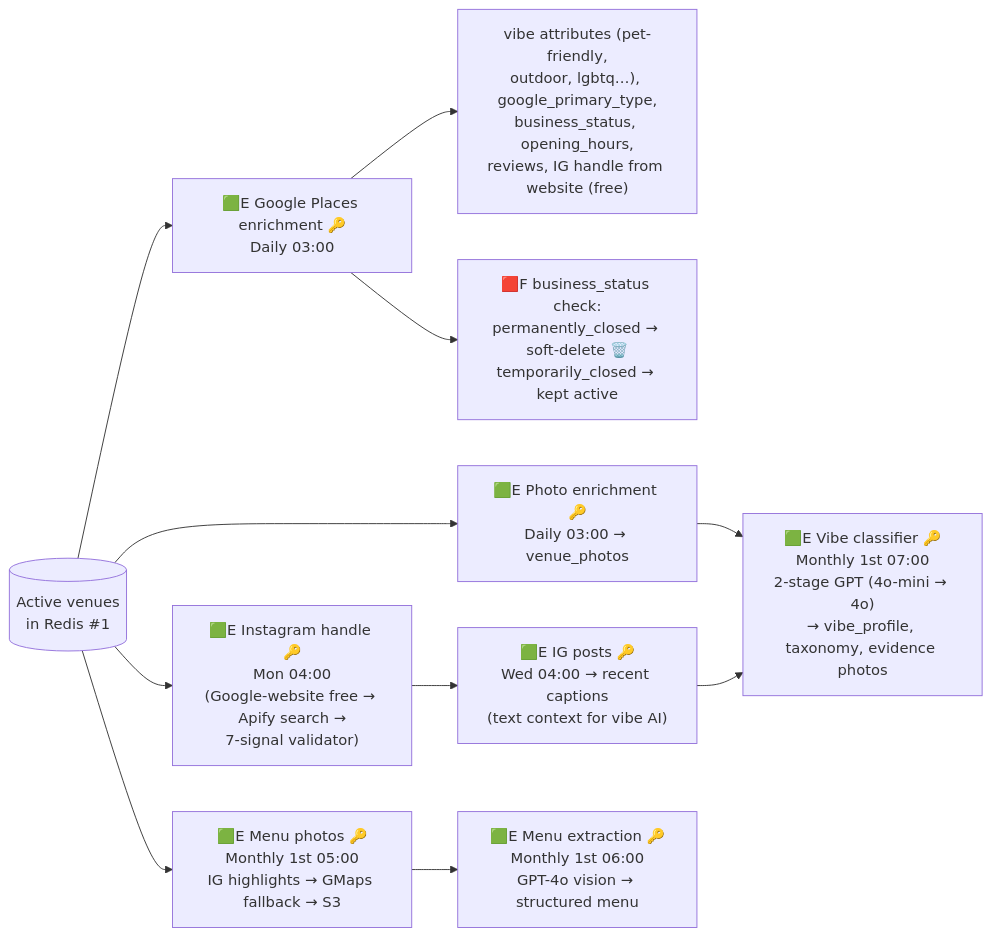
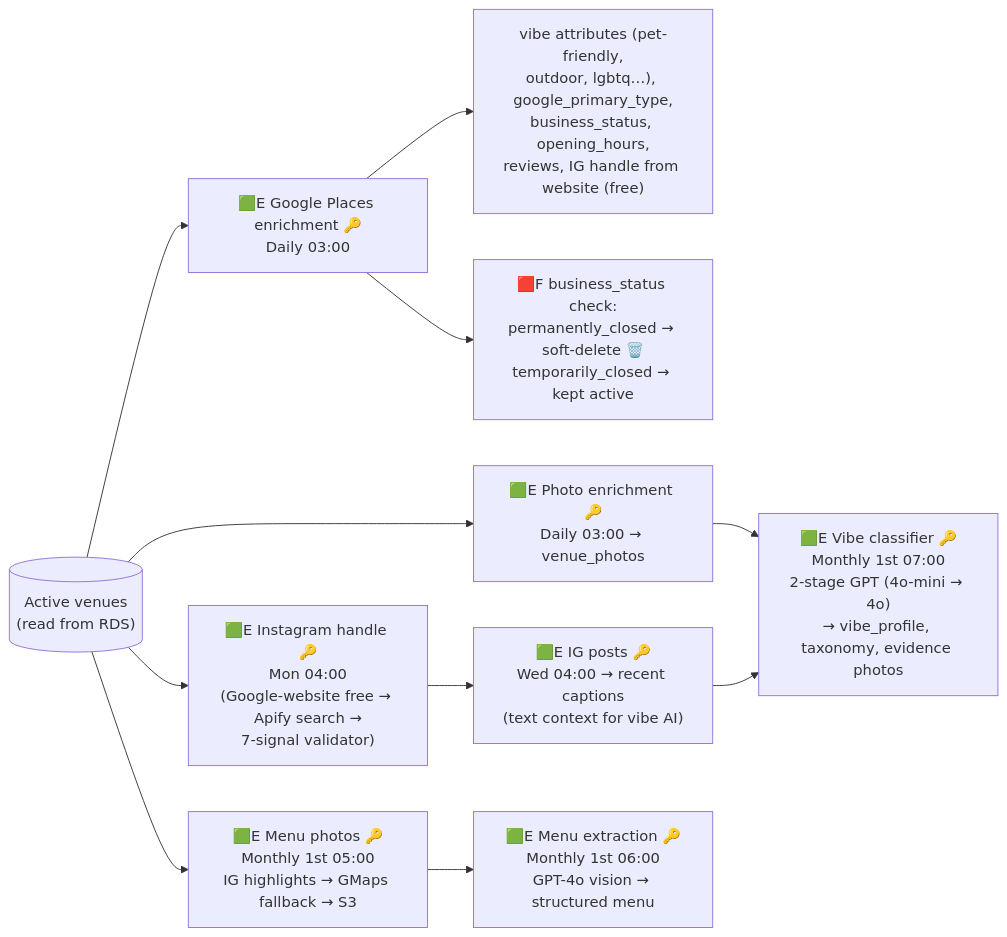
One commit to marlonreghert/cs-server changed the third of 6 diagrams in docs/venue_filters_and_enrichments.md. Above: the diagram before and after it, drawn with Mermaid. The commit also changed other lines of this file and 13 other files, not shown here.

Commit message:
docs: split venue flow diagrams into cs-server + vibes_bot

````diff
--- a/docs/venue_filters_and_enrichments.md
+++ b/docs/venue_filters_and_enrichments.md
@@ -237,18 +266,18 @@
 ```mermaid
 flowchart LR
-    V[("Active venues\nin Redis #1")]
+    V[("Active venues\n(read from RDS)")]
 
     V --> GPE["🟩E Google Places enrichment 🔑\nDaily 03:00"]
     GPE --> GPEOUT["vibe attributes (pet-friendly,\noutdoor, lgbtq…), google_primary_type,\nbusiness_status, opening_hours,\nreviews, IG handle from website (free)"]
     GPE --> GPECLOSE["🟥F business_status check:\npermanently_closed → soft-delete 🗑️\ntemporarily_closed → kept active"]
 
     V --> PHOTO["🟩E Photo enrichment 🔑\nDaily 03:00 → venue_photos"]
     V --> IG["🟩E Instagram handle 🔑\nMon 04:00\n(Google-website free → Apify search →\n7-signal validator)"]
     IG --> IGP["🟩E IG posts 🔑\nWed 04:00 → recent captions\n(text context for vibe AI)"]
 
     V --> MP["🟩E Menu photos 🔑\nMonthly 1st 05:00\nIG highlights → GMaps fallback → S3"]
     MP --> MX["🟩E Menu extraction 🔑\nMonthly 1st 06:00\nGPT-4o vision → structured menu"]
 
     PHOTO --> VC["🟩E Vibe classifier 🔑\nMonthly 1st 07:00\n2-stage GPT (4o-mini → 4o)\n→ vibe_profile, taxonomy, evidence photos"]
     IGP --> VC
 ```
````
